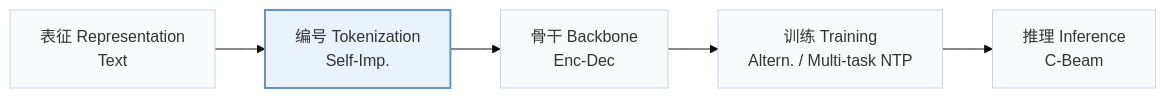
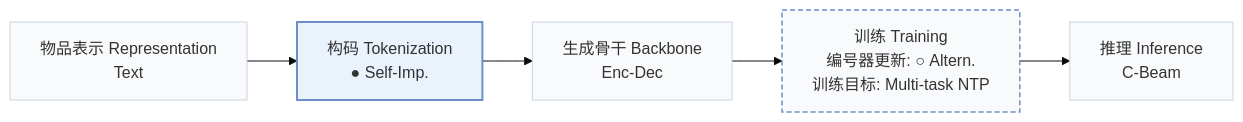
One commit to Galaxy-ghost/Awesome-SID-Generative-Rec changed the first of 2 diagrams in pages/zh/papers/siit.md. Above: the diagram before and after it, drawn with Mermaid (base theme). The commit also changed other lines of this file and 558 other files, not shown here.

````diff
--- a/pages/zh/papers/siit.md
+++ b/pages/zh/papers/siit.md
@@ -15,8 +18,10 @@
 ```mermaid
 flowchart LR
-    R["表征 Representation<br/>Text"] --> T["编号 Tokenization<br/>Self-Imp."] --> B["骨干 Backbone<br/>Enc-Dec"] --> TR["训练 Training<br/>Altern. / Multi-task NTP"] --> I["推理 Inference<br/>C-Beam"]
+    R["物品表示 Representation<br/>Text"] --> T["构码 Tokenization<br/>● Self-Imp."] --> B["生成骨干 Backbone<br/>Enc-Dec"] --> TR["训练 Training<br/>编号器更新: ○ Altern.<br/>训练目标: Multi-task NTP"] --> I["推理 Inference<br/>C-Beam"]
     classDef base fill:#f8fafc,stroke:#cbd5e1
     class R,T,B,TR,I base
+    classDef other fill:#f8fafc,stroke:#6b8fc7,stroke-width:1.5px,stroke-dasharray:5 3
+    class TR other
     classDef main fill:#eaf2fb,stroke:#6b8fc7,stroke-width:2px
     class T main
 ```
````
